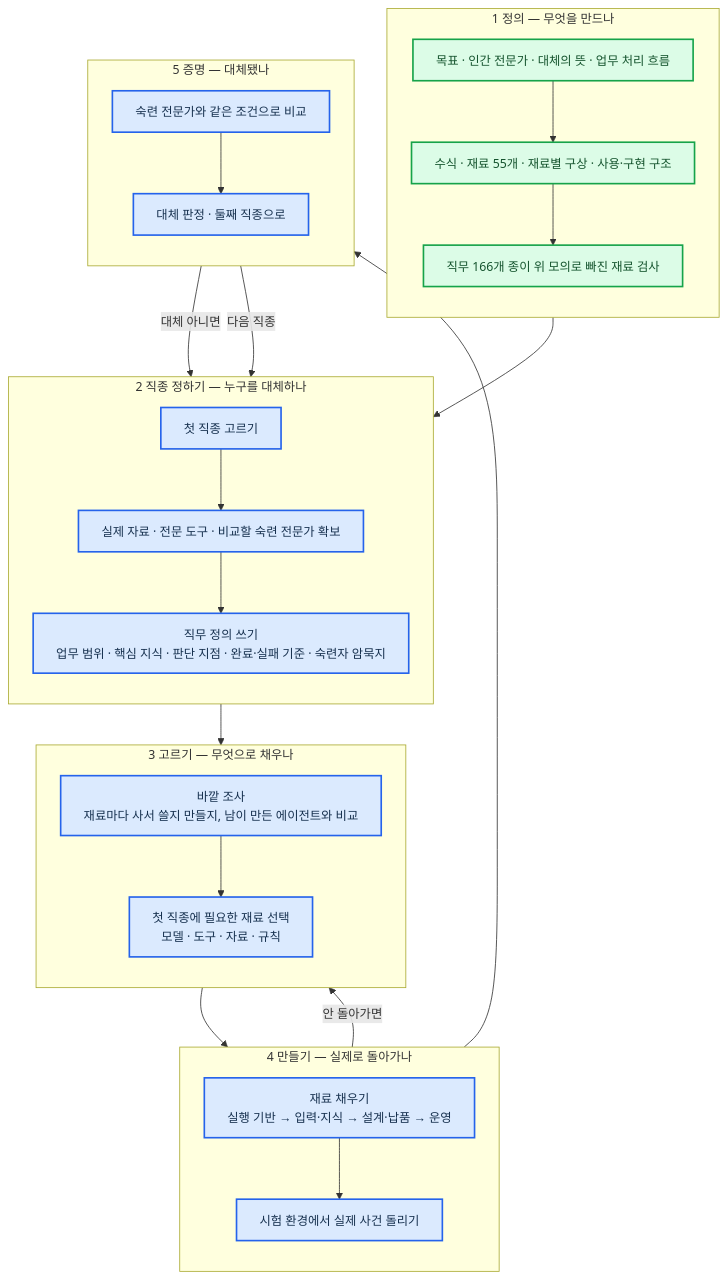
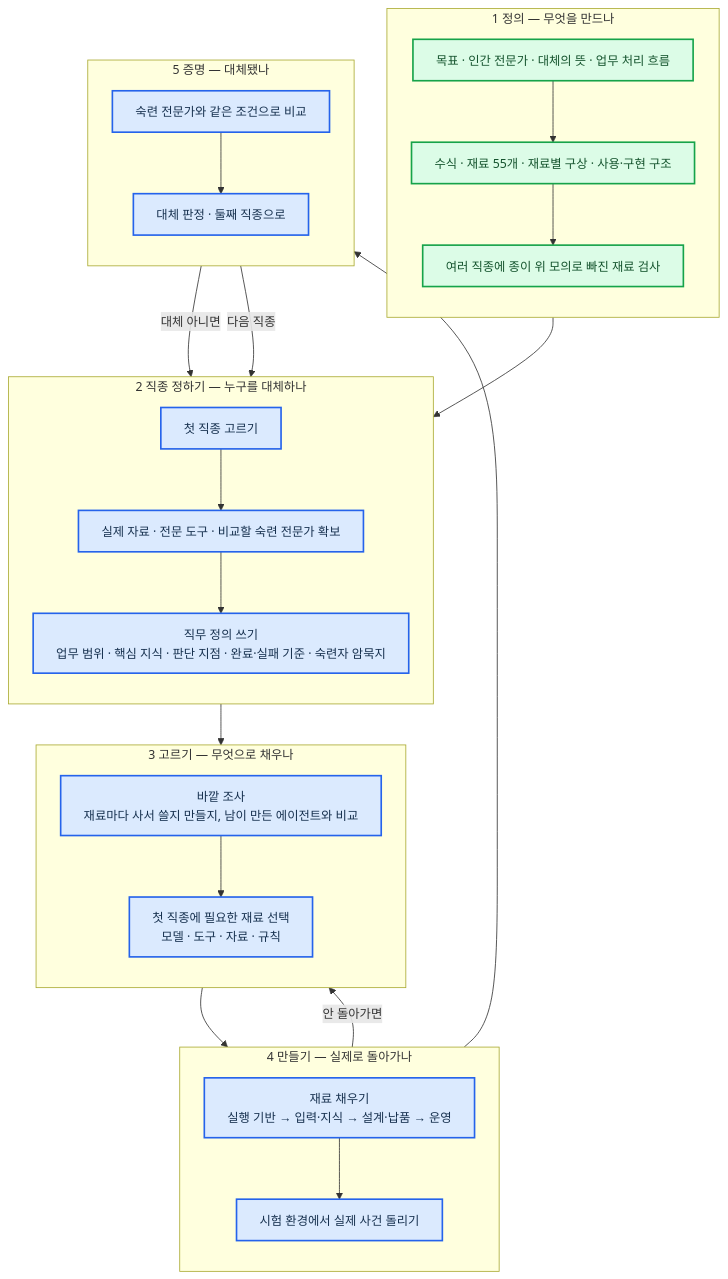
Before and after one commit to harisbaguette/expert: the second of 2 diagrams in 진행-계획.md, drawn with Mermaid. The commit also changed other lines of this file, not shown here.

````diff
--- a/진행-계획.md
+++ b/진행-계획.md
@@ -62,45 +60,45 @@
 ```mermaid
 %%{init: {"flowchart": {"wrappingWidth": 640, "curve": "basis", "nodeSpacing": 40, "rankSpacing": 50, "padding": 14, "useMaxWidth": true}, "themeVariables": {"fontSize": "15px"}} }%%
 flowchart TB
     subgraph S1["1 정의 — 무엇을 만드나"]
         direction TB
         A1["목표 · 인간 전문가 · 대체의 뜻 · 업무 처리 흐름"]:::done
         A2["수식 · 재료 55개 · 재료별 구상 · 사용·구현 구조"]:::done
-        A3["직무 166개 종이 위 모의로 빠진 재료 검사"]:::done
+        A3["여러 직종에 종이 위 모의로 빠진 재료 검사"]:::done
         A1 --> A2 --> A3
     end
     subgraph S2["2 직종 정하기 — 누구를 대체하나"]
         direction TB
         B1["첫 직종 고르기"]:::todo
         B2["실제 자료 · 전문 도구 · 비교할 숙련 전문가 확보"]:::todo
         B3["직무 정의 쓰기<br/>업무 범위 · 핵심 지식 · 판단 지점 · 완료·실패 기준 · 숙련자 암묵지"]:::todo
         B1 --> B2 --> B3
     end
     subgraph S3["3 고르기 — 무엇으로 채우나"]
         direction TB
         C1["바깥 조사<br/>재료마다 사서 쓸지 만들지, 남이 만든 에이전트와 비교"]:::todo
         C2["첫 직종에 필요한 재료 선택<br/>모델 · 도구 · 자료 · 규칙"]:::todo
         C1 --> C2
     end
     subgraph S4["4 만들기 — 실제로 돌아가나"]
         direction TB
         D1["재료 채우기<br/>실행 기반 → 입력·지식 → 설계·납품 → 운영"]:::todo
         D2["시험 환경에서 실제 사건 돌리기"]:::todo
         D1 --> D2
     end
     subgraph S5["5 증명 — 대체됐나"]
         direction TB
         E1["숙련 전문가와 같은 조건으로 비교"]:::todo
         E2["대체 판정 · 둘째 직종으로"]:::todo
         E1 --> E2
     end
     A3 --> B1
     B3 --> C1
     C2 --> D1
     D2 --> E1
     D2 -- "안 돌아가면" --> C2
     E2 -- "대체 아니면" --> B3
     E2 -- "다음 직종" --> B1
     classDef done fill:#dcfce7,stroke:#16a34a,stroke-width:2px,color:#14532d
     classDef todo fill:#dbeafe,stroke:#2563eb,stroke-width:2px,color:#17314f
 ```
````
